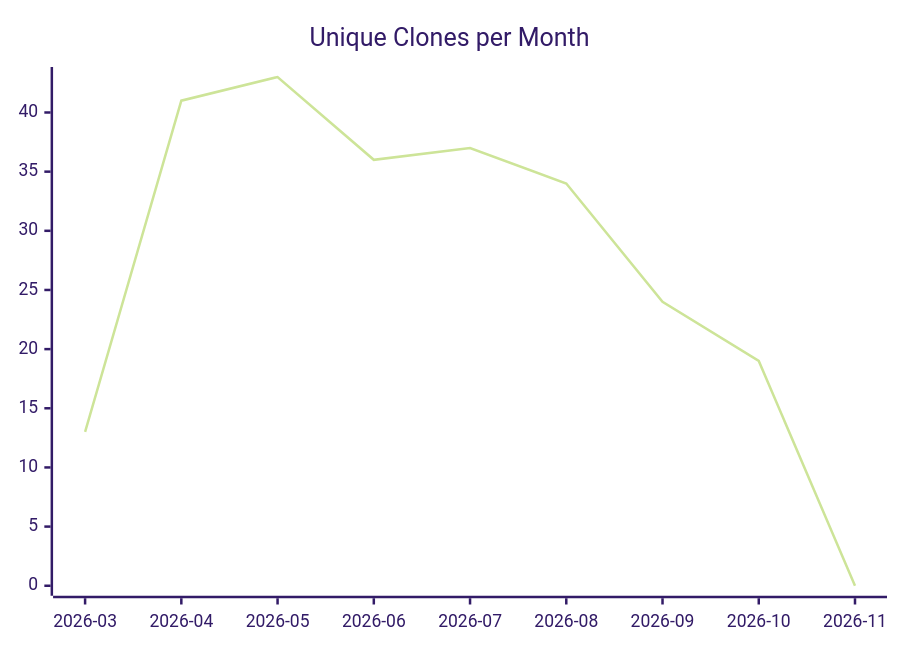
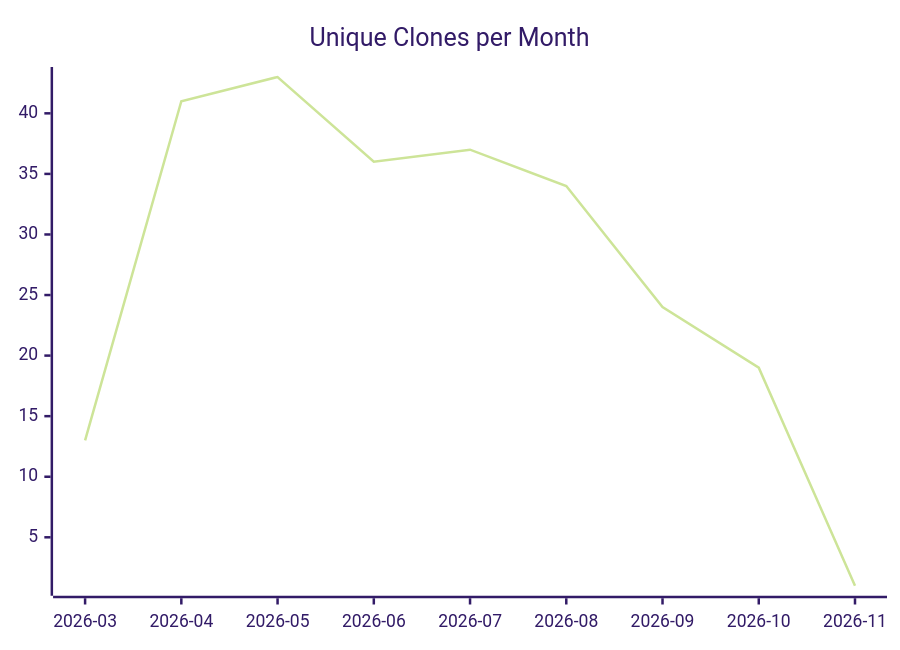
One commit to justdavis-family/github-analytics-data changed the third of 3 diagrams in karlmdavis/usgs-water-api-java/README.md. Above: the diagram before and after it, drawn with Mermaid (forest theme). The commit also changed other lines of this file and 196 other files, not shown here.

````diff
--- a/karlmdavis/usgs-water-api-java/README.md
+++ b/karlmdavis/usgs-water-api-java/README.md
@@ -19,6 +19,6 @@
 ```mermaid
 xychart-beta
   title "Unique Clones per Month"
   x-axis ["2026-03", "2026-04", "2026-05", "2026-06", "2026-07", "2026-08", "2026-09", "2026-10", "2026-11"]
-  line [13, 41, 43, 36, 37, 34, 24, 19, 0]
+  line [13, 41, 43, 36, 37, 34, 24, 19, 1]
 ```
````
